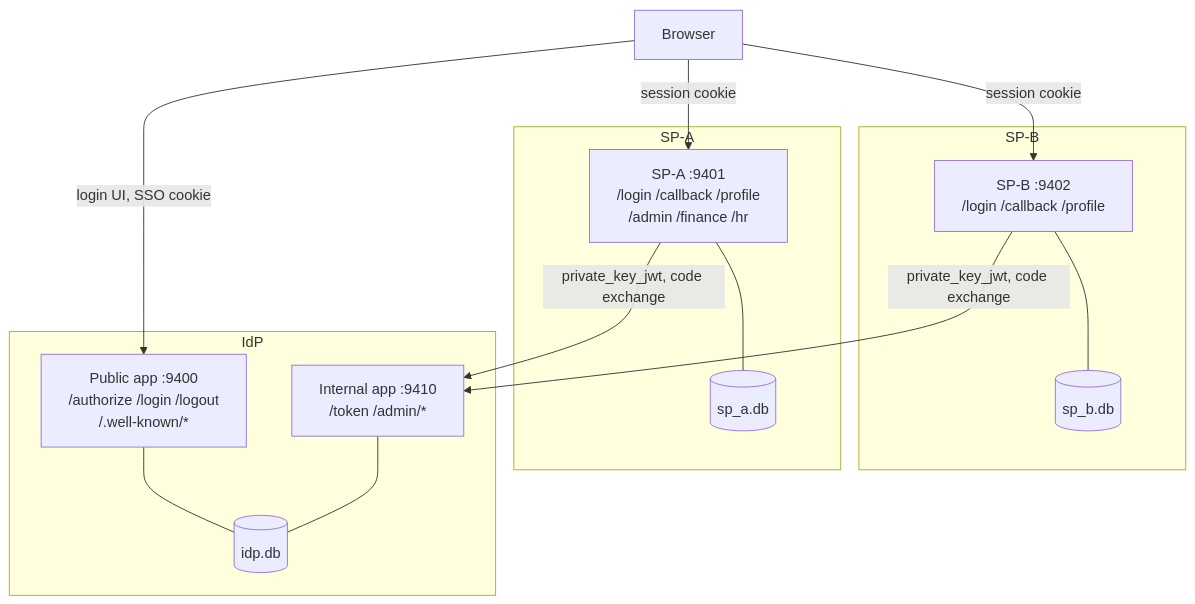
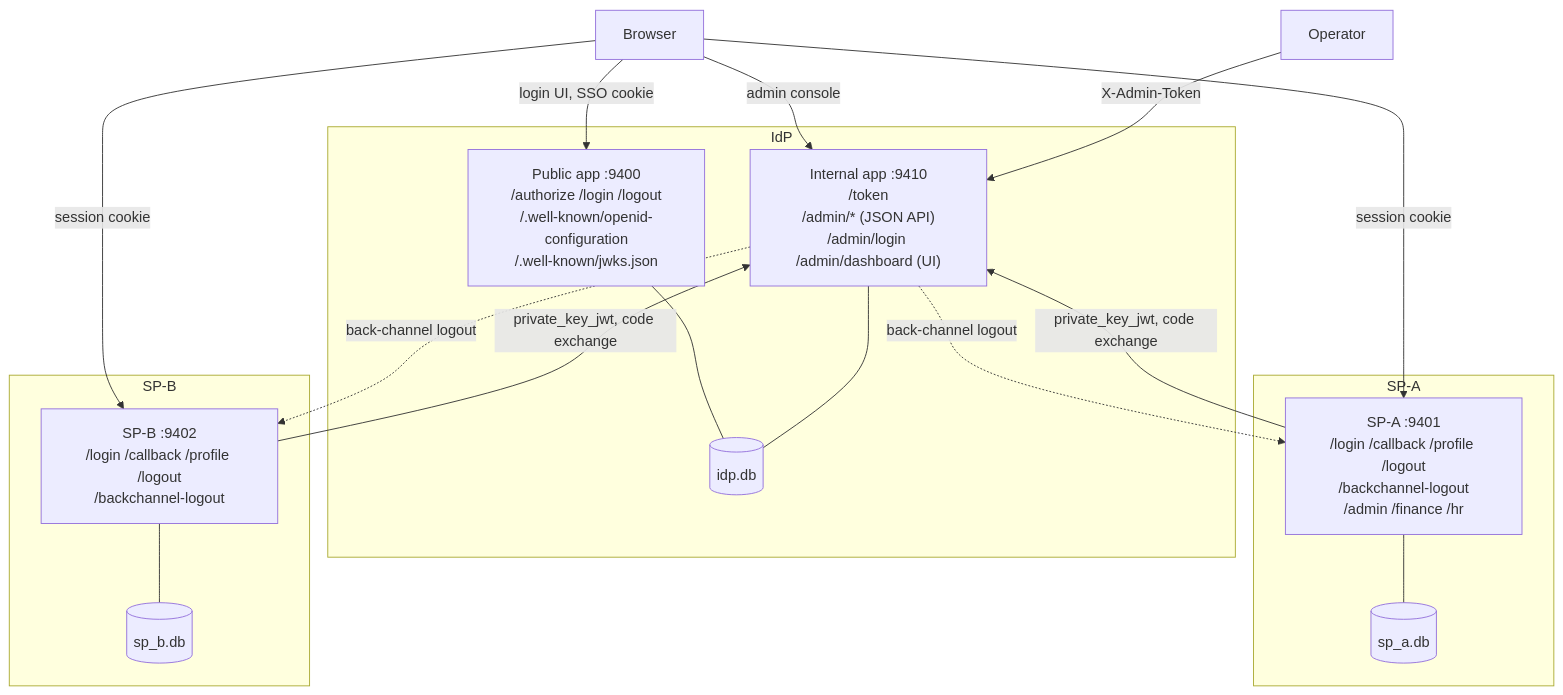
Before and after one commit to livingcurious/Federated-Identity: the diagram in DESIGN.md, drawn with Mermaid. The commit also changed 1 other file, not shown here.

Commit message:
fix topology diagram

````diff
--- a/DESIGN.md
+++ b/DESIGN.md
@@ -36,30 +36,35 @@
 ```mermaid
 graph TB
     Browser["Browser"]
+    Operator["Operator"]
 
     subgraph IdP
-        IdPPub["Public app :9400<br/>/authorize /login /logout<br/>/.well-known/*"]
-        IdPInt["Internal app :9410<br/>/token /admin/*"]
+        IdPPub["Public app :9400<br/>/authorize /login /logout<br/>/.well-known/openid-configuration<br/>/.well-known/jwks.json"]
+        IdPInt["Internal app :9410<br/>/token<br/>/admin/* (JSON API)<br/>/admin/login /admin/dashboard (UI)"]
         IdPDB[("idp.db")]
     end
 
     subgraph "SP-A"
-        SPA["SP-A :9401<br/>/login /callback /profile<br/>/admin /finance /hr"]
+        SPA["SP-A :9401<br/>/login /callback /profile /logout<br/>/backchannel-logout<br/>/admin /finance /hr"]
         SPADB[("sp_a.db")]
     end
 
     subgraph "SP-B"
-        SPB["SP-B :9402<br/>/login /callback /profile"]
+        SPB["SP-B :9402<br/>/login /callback /profile /logout<br/>/backchannel-logout"]
         SPBDB[("sp_b.db")]
     end
 
     Browser -->|login UI, SSO cookie| IdPPub
+    Browser -->|admin console| IdPInt
     Browser -->|session cookie| SPA
     Browser -->|session cookie| SPB
+    Operator -->|X-Admin-Token| IdPInt
     SPA -->|private_key_jwt, code exchange| IdPInt
     SPB -->|private_key_jwt, code exchange| IdPInt
+    IdPInt -.->|back-channel logout| SPA
+    IdPInt -.->|back-channel logout| SPB
     IdPPub --- IdPDB
     IdPInt --- IdPDB
     SPA --- SPADB
     SPB --- SPBDB
 ```
````
